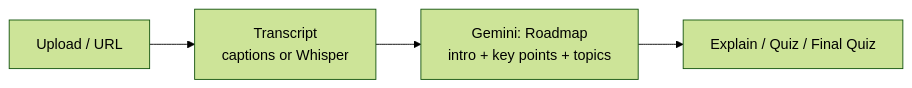
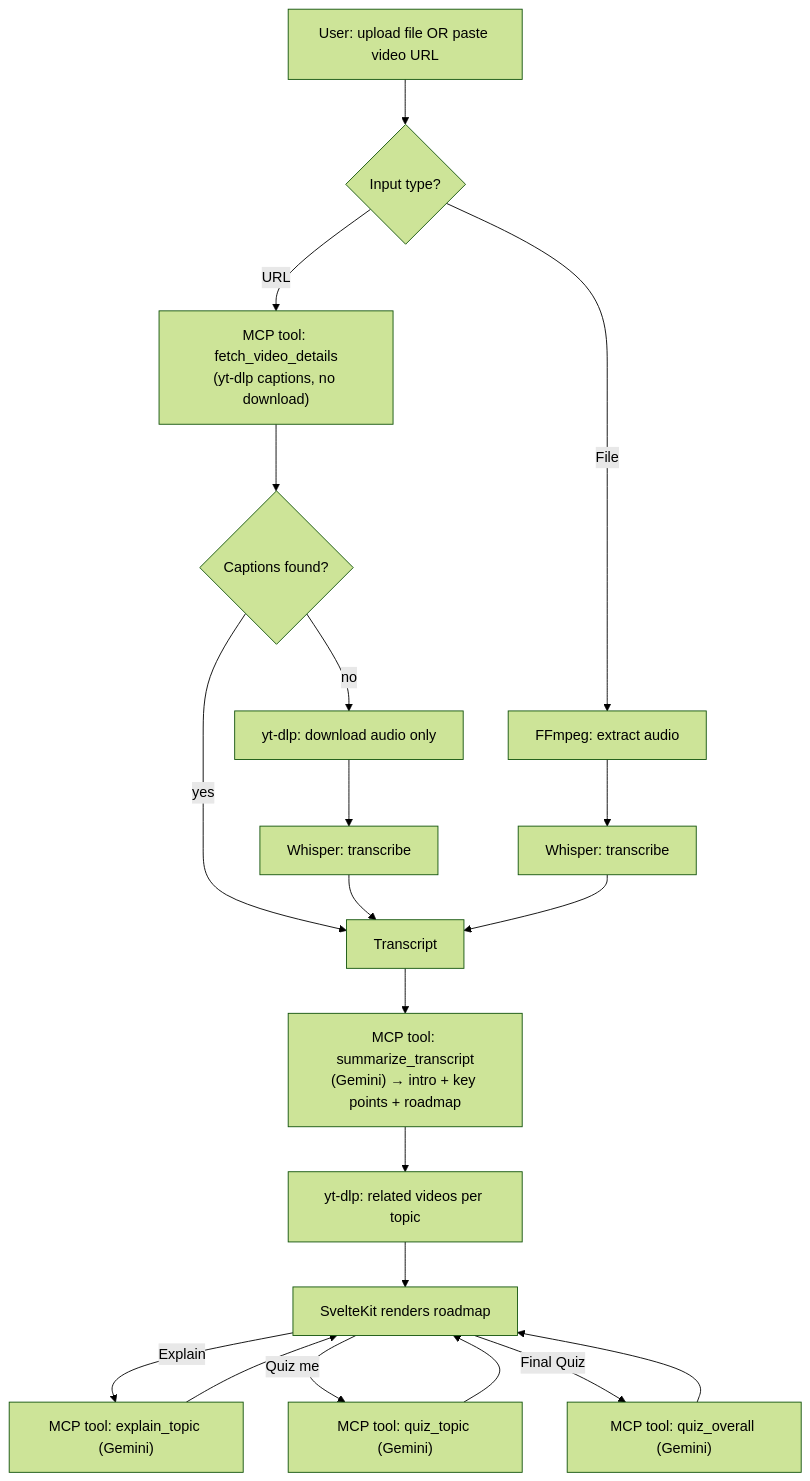
Before and after one commit to Keerthi292/AI-Video-Knowledge-Extractor: the first of 2 diagrams in README.md, drawn with Mermaid (forest theme).

Commit message:
feat: update flowchart in README to enhance clarity of video processing steps

````diff
--- a/README.md
+++ b/README.md
@@ -24,6 +24,19 @@
 ```mermaid
-flowchart LR
-    A[Upload / URL] --> B[Transcript<br/>captions or Whisper]
-    B --> C[Gemini: Roadmap<br/>intro + key points + topics]
-    C --> D[Explain / Quiz / Final Quiz]
+flowchart TD
+    A[User: upload file OR paste video URL] --> B{Input type?}
+
+    B -- URL --> C["MCP tool: fetch_video_details<br/>(yt-dlp captions, no download)"]
+    C --> D{Captions found?}
+    D -- yes --> E[Transcript]
+    D -- no --> F[yt-dlp: download audio only] --> G[Whisper: transcribe] --> E
+
+    B -- File --> H[FFmpeg: extract audio] --> I[Whisper: transcribe] --> E
+
+    E --> J["MCP tool: summarize_transcript<br/>(Gemini) → intro + key points + roadmap"]
+    J --> K[yt-dlp: related videos per topic]
+    K --> L[SvelteKit renders roadmap]
+
+    L -- "Explain" --> M["MCP tool: explain_topic (Gemini)"] --> L
+    L -- "Quiz me" --> N["MCP tool: quiz_topic (Gemini)"] --> L
+    L -- "Final Quiz" --> O["MCP tool: quiz_overall (Gemini)"] --> L
 ```
````
